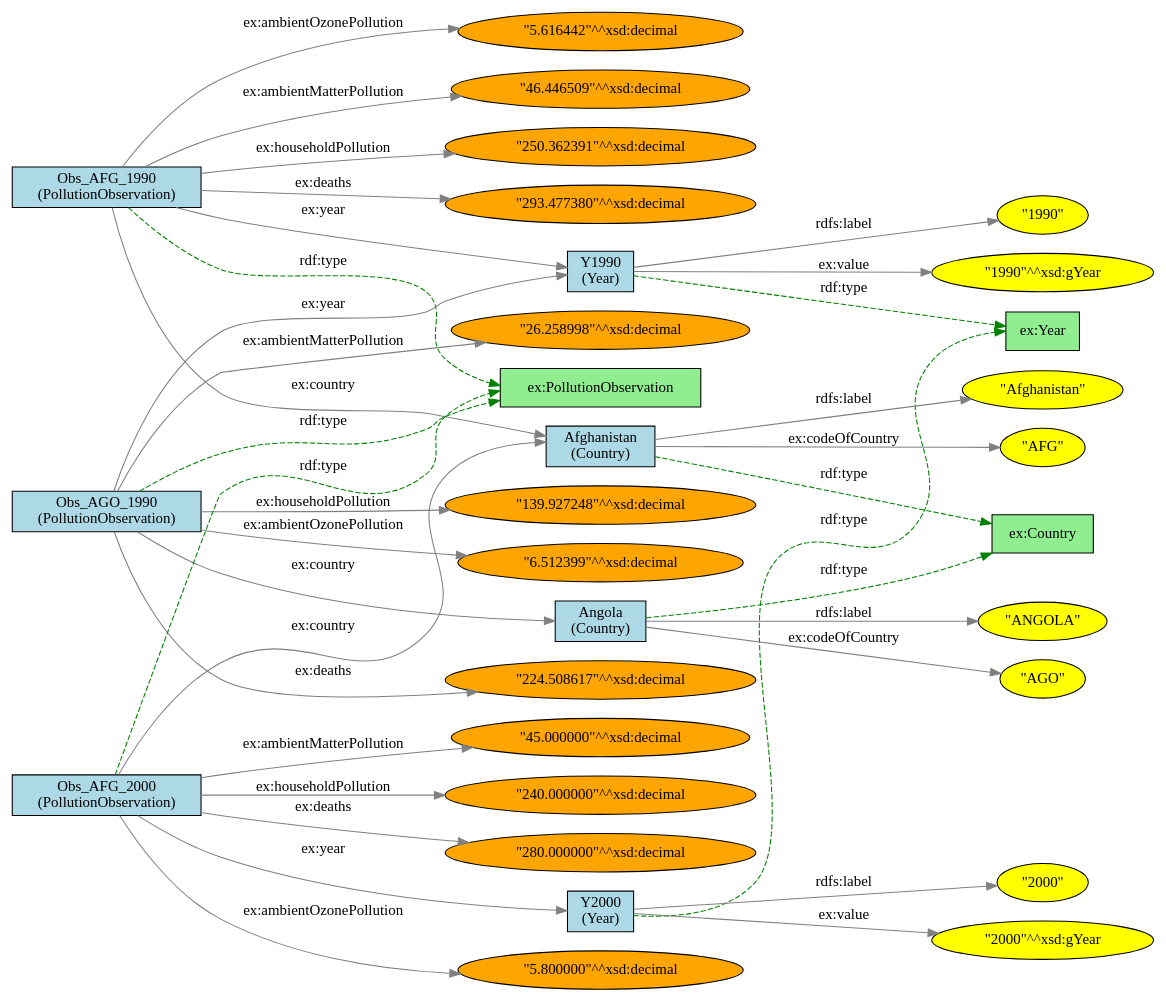
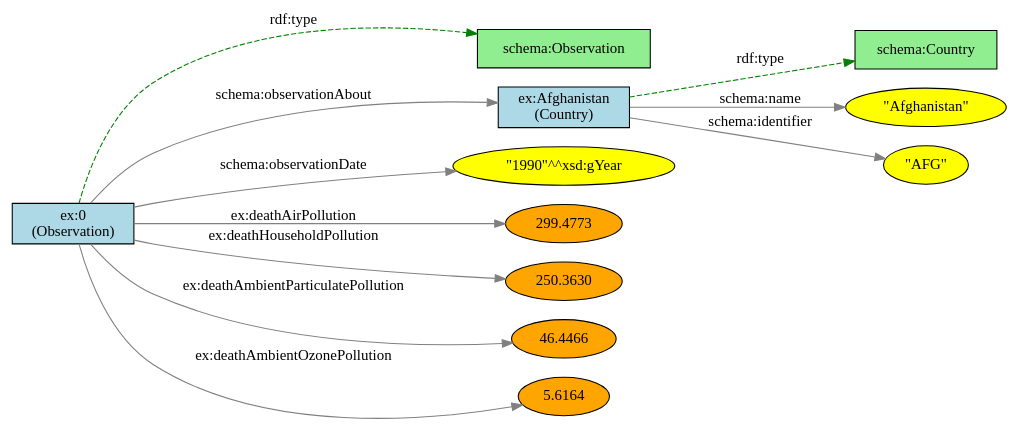
The diagram in rdf/rdf_graph_fixed.dot (sedjroa/projet_web_semantique), drawn with Graphviz before and after one commit. The commit also changed 1 other file, not shown here.

Commit message:
Modified two Graphviz files for RDF visualization and SVG export for ex0 (Afghanistan) and add image observation ex0

```diff
--- a/rdf/rdf_graph_fixed.dot
+++ b/rdf/rdf_graph_fixed.dot
@@ -1,87 +1,38 @@
-digraph RDFGraph {
+digraph RDFObservationGraph {
   rankdir=LR;
   node [shape=box, style=filled, fillcolor=lightblue];
   edge [color=gray];
 
+  // Classes
+  "schema:Observation" [label="schema:Observation", fillcolor=lightgreen];
+  "schema:Country" [label="schema:Country", fillcolor=lightgreen];
+
   // Entités principales
-  "ex:Y1990" [label="Y1990\n(Year)"];
-  "ex:Y2000" [label="Y2000\n(Year)"];
-  "ex:Afghanistan" [label="Afghanistan\n(Country)"];
-  "ex:Angola" [label="Angola\n(Country)"];
-  "ex:Obs_AFG_1990" [label="Obs_AFG_1990\n(PollutionObservation)"];
-  "ex:Obs_AGO_1990" [label="Obs_AGO_1990\n(PollutionObservation)"];
-  "ex:Obs_AFG_2000" [label="Obs_AFG_2000\n(PollutionObservation)"];
+  "ex:0" [label="ex:0\n(Observation)"];
+  "ex:Afghanistan" [label="ex:Afghanistan\n(Country)"];
 
-  // Classes
-  "ex:Year" [label="ex:Year", fillcolor=lightgreen];
-  "ex:Country" [label="ex:Country", fillcolor=lightgreen];
-  "ex:PollutionObservation" [label="ex:PollutionObservation", fillcolor=lightgreen];
-
-  // Littéraux (labels et valeurs)
-  "lit_1990_label" [label="\"1990\"", shape=ellipse, fillcolor=yellow];
-  "lit_1990_value" [label="\"1990\"^^xsd:gYear", shape=ellipse, fillcolor=yellow];
-  "lit_2000_label" [label="\"2000\"", shape=ellipse, fillcolor=yellow];
-  "lit_2000_value" [label="\"2000\"^^xsd:gYear", shape=ellipse, fillcolor=yellow];
-  "lit_afg_label" [label="\"Afghanistan\"", shape=ellipse, fillcolor=yellow];
-  "lit_afg_code" [label="\"AFG\"", shape=ellipse, fillcolor=yellow];
-  "lit_ago_label" [label="\"ANGOLA\"", shape=ellipse, fillcolor=yellow];
-  "lit_ago_code" [label="\"AGO\"", shape=ellipse, fillcolor=yellow];
-
-  // Littéraux pour métriques (exemples abrégés pour clarté)
-  "lit_afg_ozone_90" [label="\"5.616442\"^^xsd:decimal", shape=ellipse, fillcolor=orange];
-  "lit_afg_matter_90" [label="\"46.446509\"^^xsd:decimal", shape=ellipse, fillcolor=orange];
-  "lit_afg_house_90" [label="\"250.362391\"^^xsd:decimal", shape=ellipse, fillcolor=orange];
-  "lit_afg_deaths_90" [label="\"293.477380\"^^xsd:decimal", shape=ellipse, fillcolor=orange];
-  "lit_ago_ozone_90" [label="\"6.512399\"^^xsd:decimal", shape=ellipse, fillcolor=orange];
-  "lit_ago_matter_90" [label="\"26.258998\"^^xsd:decimal", shape=ellipse, fillcolor=orange];
-  "lit_ago_house_90" [label="\"139.927248\"^^xsd:decimal", shape=ellipse, fillcolor=orange];
-  "lit_ago_deaths_90" [label="\"224.508617\"^^xsd:decimal", shape=ellipse, fillcolor=orange];
-  "lit_afg_ozone_00" [label="\"5.800000\"^^xsd:decimal", shape=ellipse, fillcolor=orange];
-  "lit_afg_matter_00" [label="\"45.000000\"^^xsd:decimal", shape=ellipse, fillcolor=orange];
-  "lit_afg_house_00" [label="\"240.000000\"^^xsd:decimal", shape=ellipse, fillcolor=orange];
-  "lit_afg_deaths_00" [label="\"280.000000\"^^xsd:decimal", shape=ellipse, fillcolor=orange];
+  // Littéraux
+  "lit_date_1990" [label="\"1990\"^^xsd:gYear", shape=ellipse, fillcolor=yellow];
+  "lit_name_afg" [label="\"Afghanistan\"", shape=ellipse, fillcolor=yellow];
+  "lit_id_afg" [label="\"AFG\"", shape=ellipse, fillcolor=yellow];
+  "lit_death_air" [label="299.4773", shape=ellipse, fillcolor=orange];  // Abrégé pour clarté
+  "lit_death_house" [label="250.3630", shape=ellipse, fillcolor=orange];
+  "lit_death_part" [label="46.4466", shape=ellipse, fillcolor=orange];
+  "lit_death_ozone" [label="5.6164", shape=ellipse, fillcolor=orange];
 
   // Liens rdf:type (en pointillés)
-  "ex:Y1990" -> "ex:Year" [label="rdf:type", style=dashed, color=green];
-  "ex:Y2000" -> "ex:Year" [label="rdf:type", style=dashed, color=green];
-  "ex:Afghanistan" -> "ex:Country" [label="rdf:type", style=dashed, color=green];
-  "ex:Angola" -> "ex:Country" [label="rdf:type", style=dashed, color=green];
-  "ex:Obs_AFG_1990" -> "ex:PollutionObservation" [label="rdf:type", style=dashed, color=green];
-  "ex:Obs_AGO_1990" -> "ex:PollutionObservation" [label="rdf:type", style=dashed, color=green];
-  "ex:Obs_AFG_2000" -> "ex:PollutionObservation" [label="rdf:type", style=dashed, color=green];
+  "ex:0" -> "schema:Observation" [label="rdf:type", style=dashed, color=green];
+  "ex:Afghanistan" -> "schema:Country" [label="rdf:type", style=dashed, color=green];
 
-  // Liens pour années
-  "ex:Y1990" -> "lit_1990_label" [label="rdfs:label"];
-  "ex:Y1990" -> "lit_1990_value" [label="ex:value"];
-  "ex:Y2000" -> "lit_2000_label" [label="rdfs:label"];
-  "ex:Y2000" -> "lit_2000_value" [label="ex:value"];
+  // Liens pour l'observation
+  "ex:0" -> "ex:Afghanistan" [label="schema:observationAbout"];
+  "ex:0" -> "lit_date_1990" [label="schema:observationDate"];
+  "ex:0" -> "lit_death_air" [label="ex:deathAirPollution"];
+  "ex:0" -> "lit_death_house" [label="ex:deathHouseholdPollution"];
+  "ex:0" -> "lit_death_part" [label="ex:deathAmbientParticulatePollution"];
+  "ex:0" -> "lit_death_ozone" [label="ex:deathAmbientOzonePollution"];
 
-  // Liens pour pays
-  "ex:Afghanistan" -> "lit_afg_label" [label="rdfs:label"];
-  "ex:Afghanistan" -> "lit_afg_code" [label="ex:codeOfCountry"];
-  "ex:Angola" -> "lit_ago_label" [label="rdfs:label"];
-  "ex:Angola" -> "lit_ago_code" [label="ex:codeOfCountry"];
-
-  // Liens pour observations 1990
-  "ex:Obs_AFG_1990" -> "ex:Afghanistan" [label="ex:country"];
-  "ex:Obs_AFG_1990" -> "ex:Y1990" [label="ex:year"];
-  "ex:Obs_AFG_1990" -> "lit_afg_ozone_90" [label="ex:ambientOzonePollution"];
-  "ex:Obs_AFG_1990" -> "lit_afg_matter_90" [label="ex:ambientMatterPollution"];
-  "ex:Obs_AFG_1990" -> "lit_afg_house_90" [label="ex:householdPollution"];
-  "ex:Obs_AFG_1990" -> "lit_afg_deaths_90" [label="ex:deaths"];
-
-  "ex:Obs_AGO_1990" -> "ex:Angola" [label="ex:country"];
-  "ex:Obs_AGO_1990" -> "ex:Y1990" [label="ex:year"];
-  "ex:Obs_AGO_1990" -> "lit_ago_ozone_90" [label="ex:ambientOzonePollution"];
-  "ex:Obs_AGO_1990" -> "lit_ago_matter_90" [label="ex:ambientMatterPollution"];
-  "ex:Obs_AGO_1990" -> "lit_ago_house_90" [label="ex:householdPollution"];
-  "ex:Obs_AGO_1990" -> "lit_ago_deaths_90" [label="ex:deaths"];
-
-  // Liens pour observation 2000
-  "ex:Obs_AFG_2000" -> "ex:Afghanistan" [label="ex:country"];
-  "ex:Obs_AFG_2000" -> "ex:Y2000" [label="ex:year"];
-  "ex:Obs_AFG_2000" -> "lit_afg_ozone_00" [label="ex:ambientOzonePollution"];
-  "ex:Obs_AFG_2000" -> "lit_afg_matter_00" [label="ex:ambientMatterPollution"];
-  "ex:Obs_AFG_2000" -> "lit_afg_house_00" [label="ex:householdPollution"];
-  "ex:Obs_AFG_2000" -> "lit_afg_deaths_00" [label="ex:deaths"];
+  // Liens pour le pays
+  "ex:Afghanistan" -> "lit_name_afg" [label="schema:name"];
+  "ex:Afghanistan" -> "lit_id_afg" [label="schema:identifier"];
 }
```
